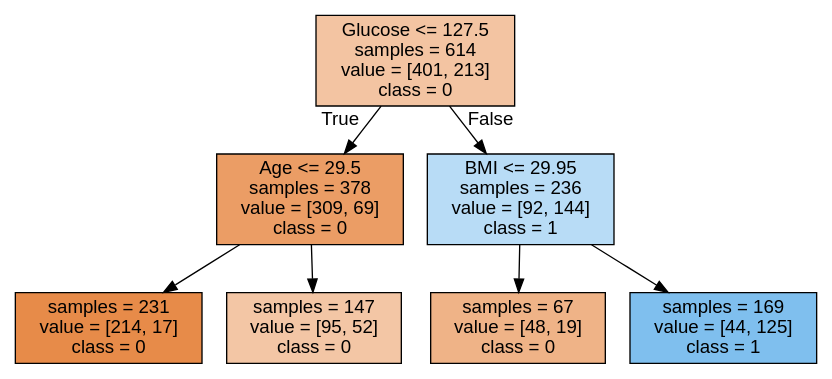
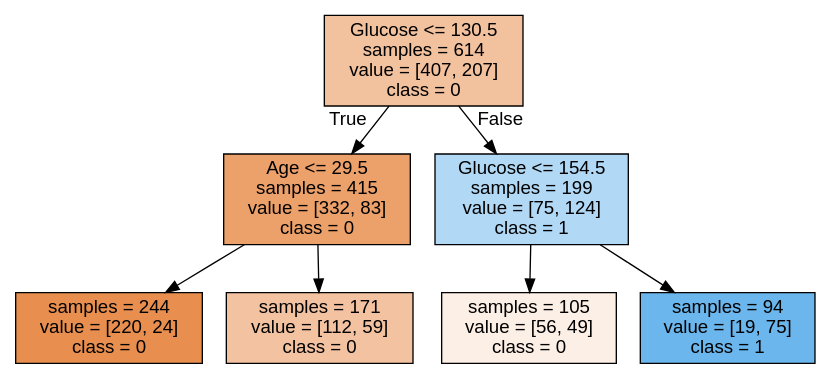
Before and after one commit to Timo4D/MachineLearning-SoSe2024: the diagram in tree.dot, drawn with Graphviz. The commit also changed 4 other files, not shown here.

```diff
--- a/tree.dot
+++ b/tree.dot
@@ -1,17 +1,17 @@
 digraph Tree {
 node [shape=box, style="filled", color="black", fontname="helvetica"] ;
 edge [fontname="helvetica"] ;
-0 [label="Glucose <= 127.5\nsamples = 614\nvalue = [401, 213]\nclass = 0", fillcolor="#f3c4a2"] ;
-1 [label="Age <= 29.5\nsamples = 378\nvalue = [309, 69]\nclass = 0", fillcolor="#eb9d65"] ;
+0 [label="Glucose <= 130.5\nsamples = 614\nvalue = [407, 207]\nclass = 0", fillcolor="#f2c19e"] ;
+1 [label="Age <= 29.5\nsamples = 415\nvalue = [332, 83]\nclass = 0", fillcolor="#eca06a"] ;
 0 -> 1 [labeldistance=2.5, labelangle=45, headlabel="True"] ;
-2 [label="samples = 231\nvalue = [214, 17]\nclass = 0", fillcolor="#e78b49"] ;
+2 [label="samples = 244\nvalue = [220, 24]\nclass = 0", fillcolor="#e88f4f"] ;
 1 -> 2 ;
-3 [label="samples = 147\nvalue = [95, 52]\nclass = 0", fillcolor="#f3c6a5"] ;
+3 [label="samples = 171\nvalue = [112, 59]\nclass = 0", fillcolor="#f3c3a1"] ;
 1 -> 3 ;
-4 [label="BMI <= 29.95\nsamples = 236\nvalue = [92, 144]\nclass = 1", fillcolor="#b8dcf6"] ;
+4 [label="Glucose <= 154.5\nsamples = 199\nvalue = [75, 124]\nclass = 1", fillcolor="#b1d8f5"] ;
 0 -> 4 [labeldistance=2.5, labelangle=-45, headlabel="False"] ;
-5 [label="samples = 67\nvalue = [48, 19]\nclass = 0", fillcolor="#efb387"] ;
+5 [label="samples = 105\nvalue = [56, 49]\nclass = 0", fillcolor="#fcefe6"] ;
 4 -> 5 ;
-6 [label="samples = 169\nvalue = [44, 125]\nclass = 1", fillcolor="#7fbfee"] ;
+6 [label="samples = 94\nvalue = [19, 75]\nclass = 1", fillcolor="#6bb6ec"] ;
 4 -> 6 ;
 }
```
